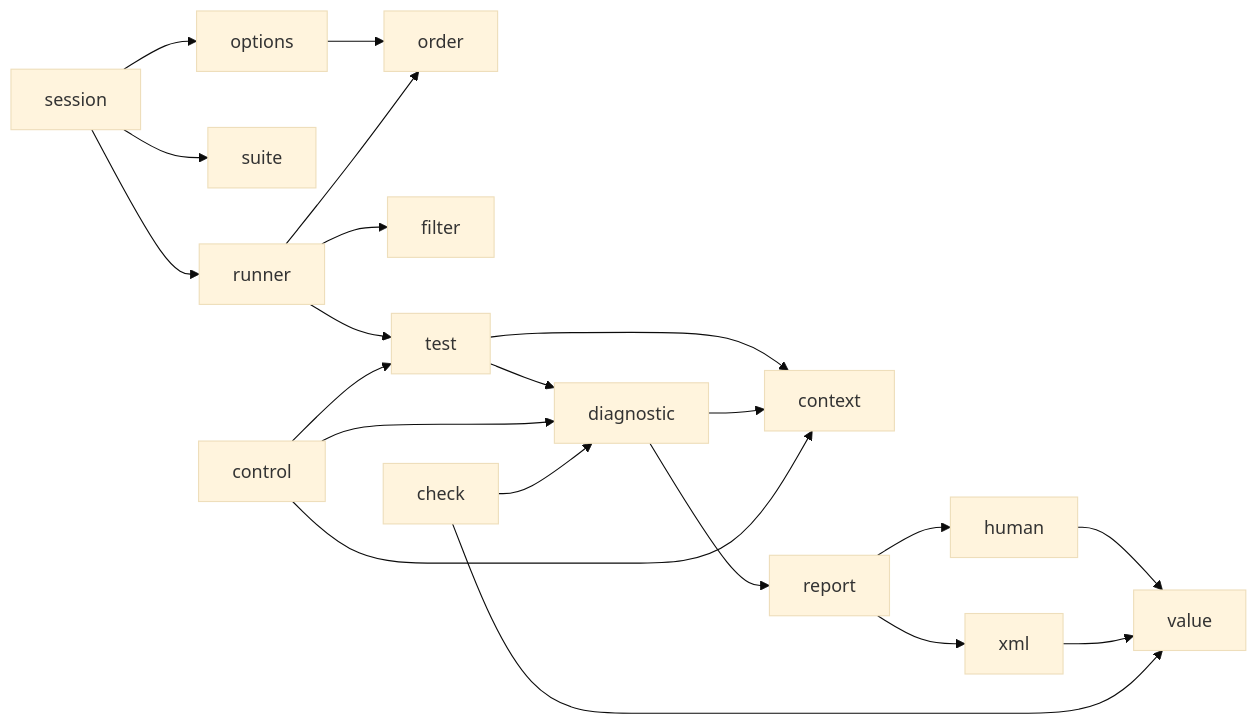
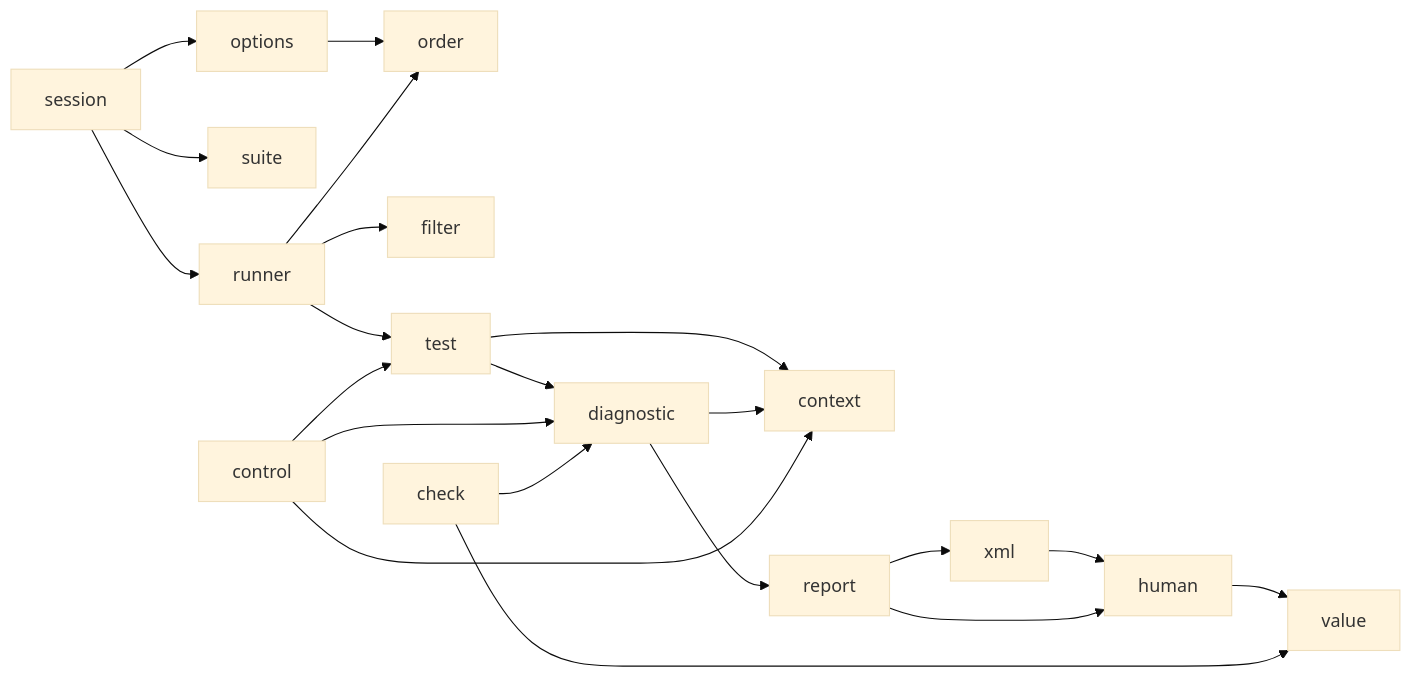
The diagram in docs/development/architecture.md (vabelorg/naos), drawn with Mermaid (base theme) before and after one commit. The commit also changed other lines of this file and 27 other files, not shown here.

````diff
--- a/docs/development/architecture.md
+++ b/docs/development/architecture.md
@@ -54,13 +54,14 @@
 ```mermaid
 flowchart LR
   session --> options --> order
   session --> suite
   session --> runner
   runner --> filter & order
   runner --> test --> diagnostic
   test --> context
   diagnostic --> context
-  diagnostic --> report --> human & xml --> value
+  diagnostic --> report --> xml --> human --> value
+  report --> human
   control --> test & diagnostic & context
   check --> diagnostic & value
 ```
````
